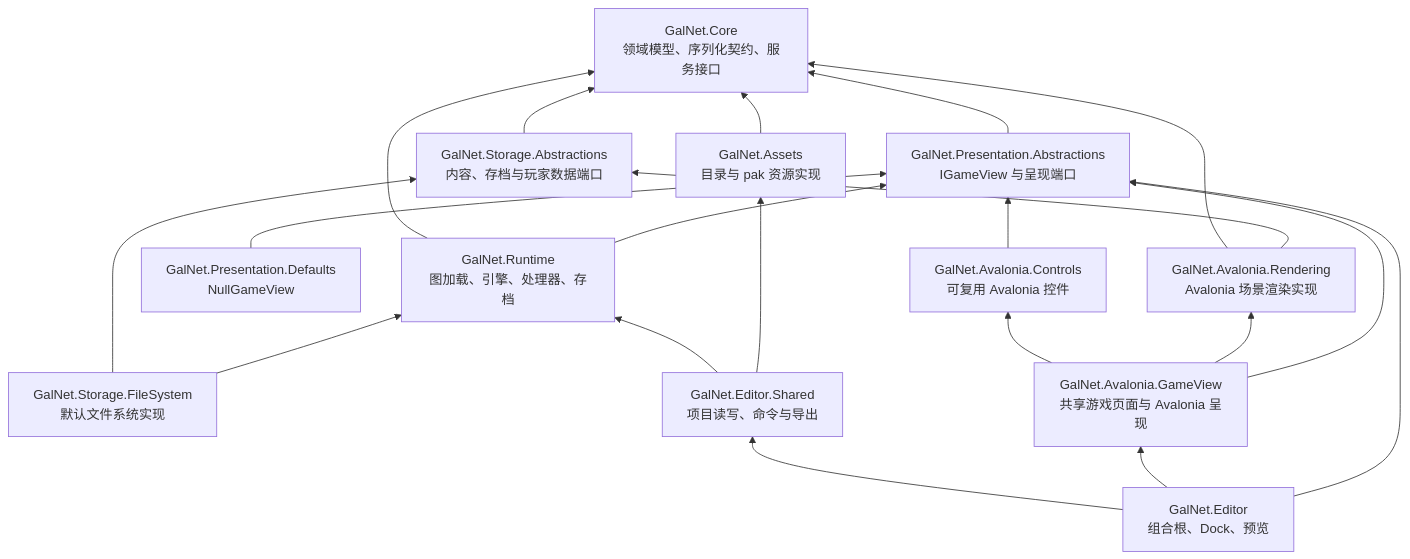
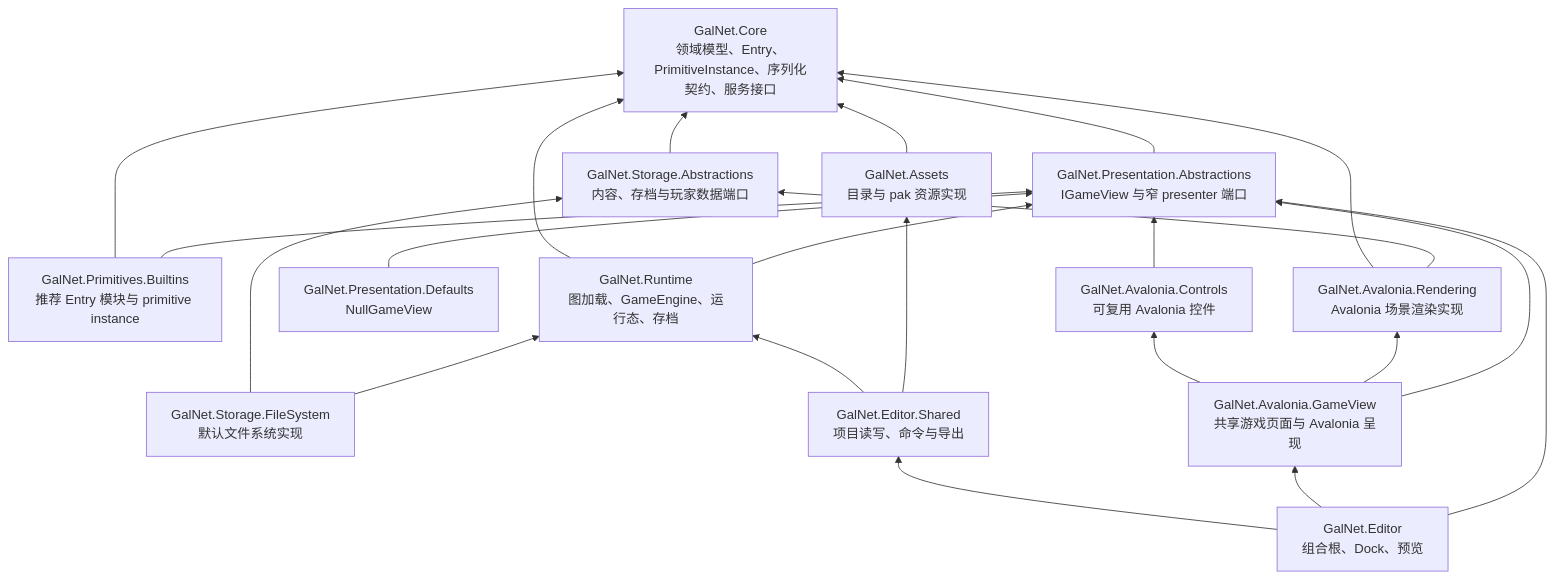
Before and after one commit to StarryXYJ/Gal.Net: the first of 2 diagrams in docs/spec/architecture.md, drawn with Mermaid. The commit also changed other lines of this file and 22 other files, not shown here.

````diff
--- a/docs/spec/architecture.md
+++ b/docs/spec/architecture.md
@@ -7,23 +7,25 @@
 ```mermaid
 flowchart BT
-  Core["GalNet.Core\n领域模型、序列化契约、服务接口"]
-  Presentation["GalNet.Presentation.Abstractions\nIGameView 与呈现端口"] --> Core
-  Runtime["GalNet.Runtime\n图加载、引擎、处理器、存档"] --> Core
+  Core["GalNet.Core\n领域模型、Entry、PrimitiveInstance、序列化契约、服务接口"]
+  Presentation["GalNet.Presentation.Abstractions\nIGameView 与窄 presenter 端口"] --> Core
+  Builtins["GalNet.Primitives.Builtins\n推荐 Entry 模块与 primitive instance"] --> Core
+  Builtins --> Presentation
+  Runtime["GalNet.Runtime\n图加载、GameEngine、运行态、存档"] --> Core
   Runtime --> Presentation
   Defaults["GalNet.Presentation.Defaults\nNullGameView"] --> Presentation
   Assets["GalNet.Assets\n目录与 pak 资源实现"] --> Core
   StorageAbs["GalNet.Storage.Abstractions\n内容、存档与玩家数据端口"] --> Core
   StorageFs["GalNet.Storage.FileSystem\n默认文件系统实现"] --> StorageAbs
   StorageFs --> Runtime
   AvaloniaControls["GalNet.Avalonia.Controls\n可复用 Avalonia 控件"] --> Presentation
   AvaloniaRendering["GalNet.Avalonia.Rendering\nAvalonia 场景渲染实现"] --> Core
   AvaloniaRendering --> StorageAbs
   GameView["GalNet.Avalonia.GameView\n共享游戏页面与 Avalonia 呈现"] --> AvaloniaControls
   GameView --> AvaloniaRendering
   GameView --> Presentation
   EditorShared["GalNet.Editor.Shared\n项目读写、命令与导出"] --> Runtime
   EditorShared --> Assets
   Editor["GalNet.Editor\n组合根、Dock、预览"] --> EditorShared
   Editor --> GameView
   Editor --> Presentation
 ```
````
